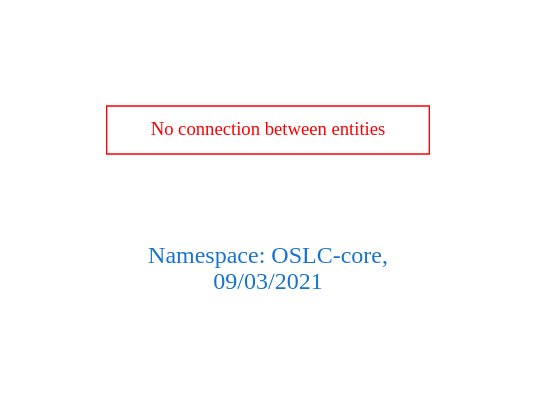
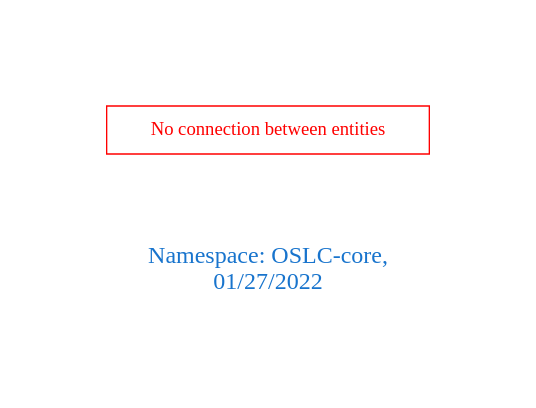
The diagram in downloads/OSLC-core.dot (arago/OGIT), drawn with Graphviz before and after one commit. The commit also changed 1937 other files, not shown here.

```diff
--- a/downloads/OSLC-core.dot
+++ b/downloads/OSLC-core.dot
@@ -1,9 +1,9 @@
 digraph OGIT_ontology {
  graph [ rankdir= LR,pad=1 
 fontsize = 18,
-fontcolor= dodgerblue3,label = "\n\n\nNamespace: OSLC-core, \n 09/03/2021"];
+fontcolor= dodgerblue3,label = "\n\n\nNamespace: OSLC-core, \n 01/27/2022"];
 node[shape=polygon];
 edge [  color="gray81"];
 
 "No connection between entities" [fontcolor = "red",color="red", shape="polygon"]
 }
```
